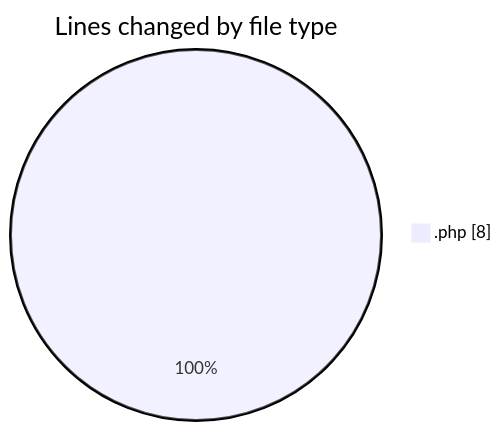
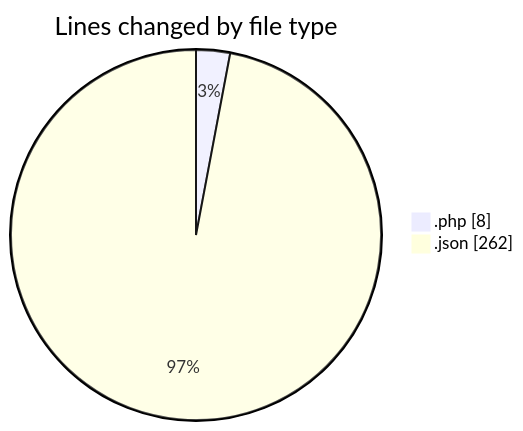
Before and after one commit to idhammustaqopulfikri/code-tracking: the first of 2 diagrams in 2025-11-01/futsal_rekomendasi/README.md, drawn with Mermaid. The commit also changed other lines of this file and 1 other file, not shown here.

````diff
--- a/2025-11-01/futsal_rekomendasi/README.md
+++ b/2025-11-01/futsal_rekomendasi/README.md
@@ -20,5 +21,6 @@
 ```mermaid
 pie showData
 title Lines changed by file type
 ".php" : 8
+".json" : 262
 ```
````
